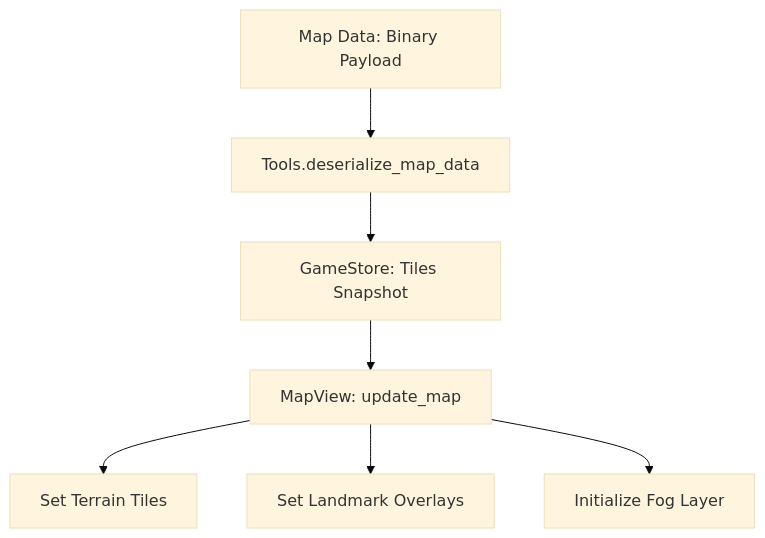
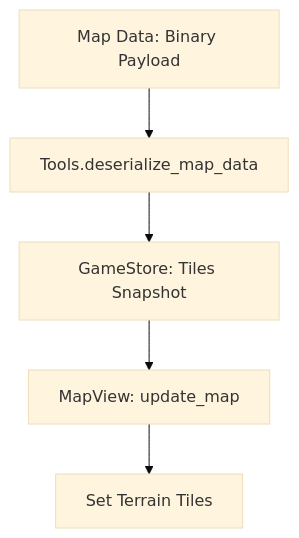
Before and after one commit to OoriData/DF_Godot: the diagram in docs/03_Systems/MapSystem/Rendering.md, drawn with Mermaid (base theme). The commit also changed other lines of this file and 40 other files, not shown here.

````diff
--- a/docs/03_Systems/MapSystem/Rendering.md
+++ b/docs/03_Systems/MapSystem/Rendering.md
@@ -39,10 +51,7 @@
 ```mermaid
 graph TD
     Data[Map Data: Binary Payload] --> Parser[Tools.deserialize_map_data]
     Parser --> Store[GameStore: Tiles Snapshot]
     Store --> MapView[MapView: update_map]
-    
     MapView --> Terrain[Set Terrain Tiles]
-    MapView --> Landmarks[Set Landmark Overlays]
-    MapView --> Fog[Initialize Fog Layer]
 ```
````
